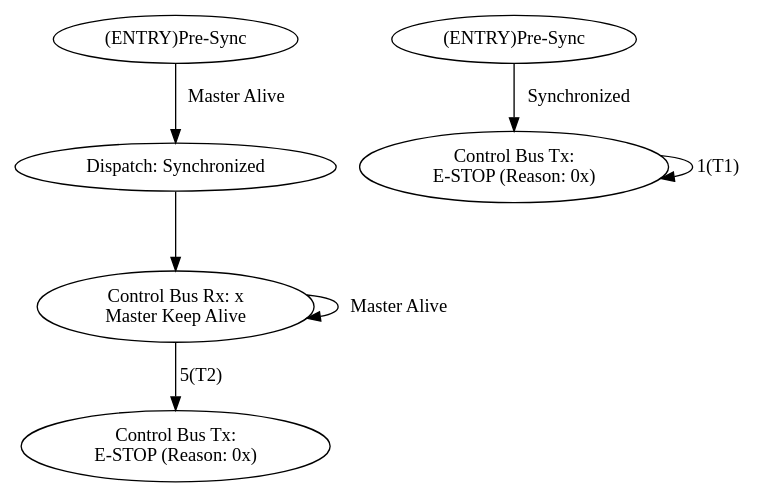
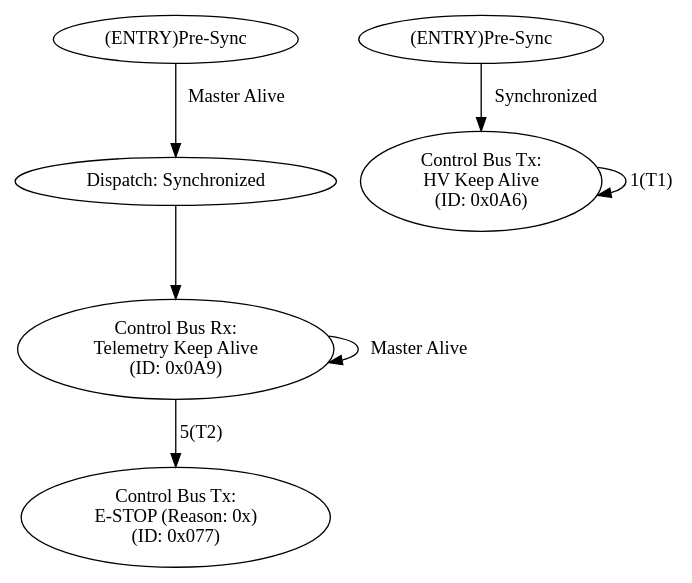
One commit to umdloop/state-machines changed the diagram in high-voltage/keepalive.dot. Above: the diagram before and after it, drawn with Graphviz. The commit also changed 7 other files, not shown here.

```diff
--- a/high-voltage/keepalive.dot
+++ b/high-voltage/keepalive.dot
@@ -1,19 +1,19 @@
 digraph presynchronizeToEstop {
 
 S10 [label="(ENTRY)Pre-Sync"];
 S11 [label="Dispatch: Synchronized"];
-S12 [label="Control Bus Rx: x\nMaster Keep Alive"];
-S13 [label="Control Bus Tx:\nE-STOP (Reason: 0x)"];
+S12 [label="Control Bus Rx:\nTelemetry Keep Alive\n(ID: 0x0A9)"];
+S13 [label="Control Bus Tx:\nE-STOP (Reason: 0x)\n(ID: 0x077)"];
 
 S10 -> S11 [label="Master Alive"];
 S11 -> S12 [label=" "];
 S12 -> S12 [label="Master Alive"];
 S12 -> S13 [label="5(T2)"];
 
 S01 [label="(ENTRY)Pre-Sync"];
-S00 [label="Control Bus Tx:\nE-STOP (Reason: 0x)"];
+S00 [label="Control Bus Tx:\nHV Keep Alive\n(ID: 0x0A6)"];
 
 S01 -> S00 [label="Synchronized"];
 S00 -> S00 [label="1(T1)"];
 
 }
```
